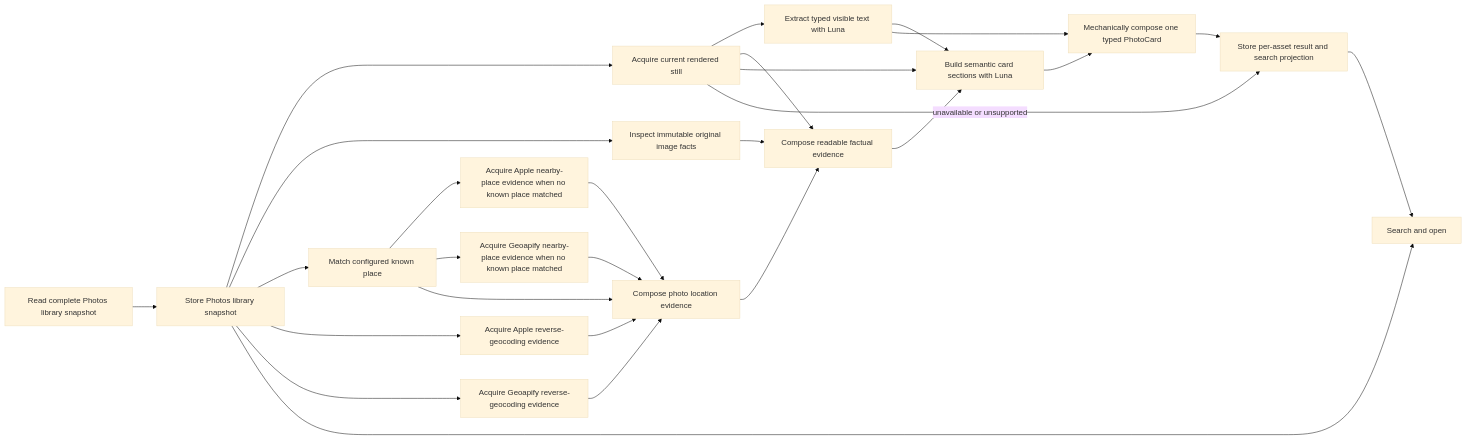
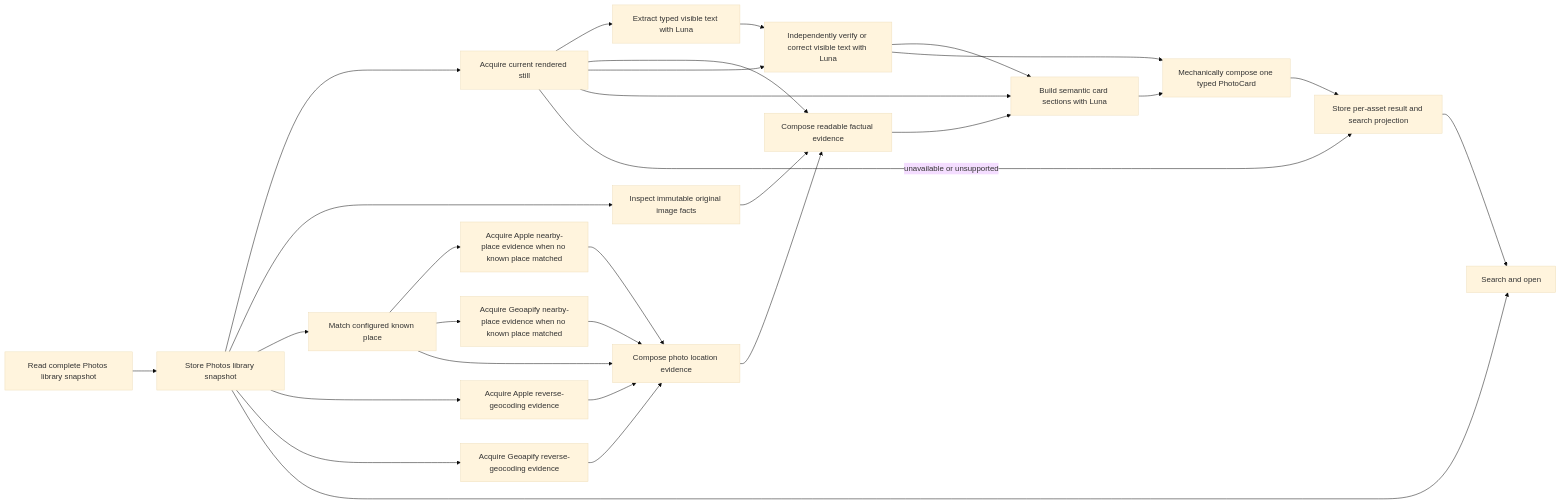
Before and after one commit to opentrawl/opentrawl: the diagram in trawlers/photos/docs/architecture.md, drawn with Mermaid (base theme). The commit also changed other lines of this file and 8 other files, not shown here.

````diff
--- a/trawlers/photos/docs/architecture.md
+++ b/trawlers/photos/docs/architecture.md
@@ -26,29 +26,31 @@
 ```mermaid
 flowchart LR
     snapshot["Read complete Photos library snapshot"] --> index["Store Photos library snapshot"]
     index --> current["Acquire current rendered still"]
     index --> facts["Inspect immutable original image facts"]
     index --> known["Match configured known place"]
     index --> appleReverse["Acquire Apple reverse-geocoding evidence"]
     known --> appleNearby["Acquire Apple nearby-place evidence when no known place matched"]
     index --> geoapifyReverse["Acquire Geoapify reverse-geocoding evidence"]
     known --> geoapifyNearby["Acquire Geoapify nearby-place evidence when no known place matched"]
     current --> text["Extract typed visible text with Luna"]
     current --> readable["Compose readable factual evidence"]
     facts --> readable
     known --> locationEvidence["Compose photo location evidence"]
     appleReverse --> locationEvidence
     appleNearby --> locationEvidence
     geoapifyReverse --> locationEvidence
     geoapifyNearby --> locationEvidence
     locationEvidence --> readable
-    text --> card["Build semantic card sections with Luna"]
+    text --> verify["Independently verify or correct visible text with Luna"]
+    current --> verify
+    verify --> card["Build semantic card sections with Luna"]
     current --> card
     readable --> card
     card --> compose["Mechanically compose one typed PhotoCard"]
-    text --> compose
+    verify --> compose
     compose --> store["Store per-asset result and search projection"]
     current -->|unavailable or unsupported| store
     index --> query["Search and open"]
     store --> query
 ```
````
